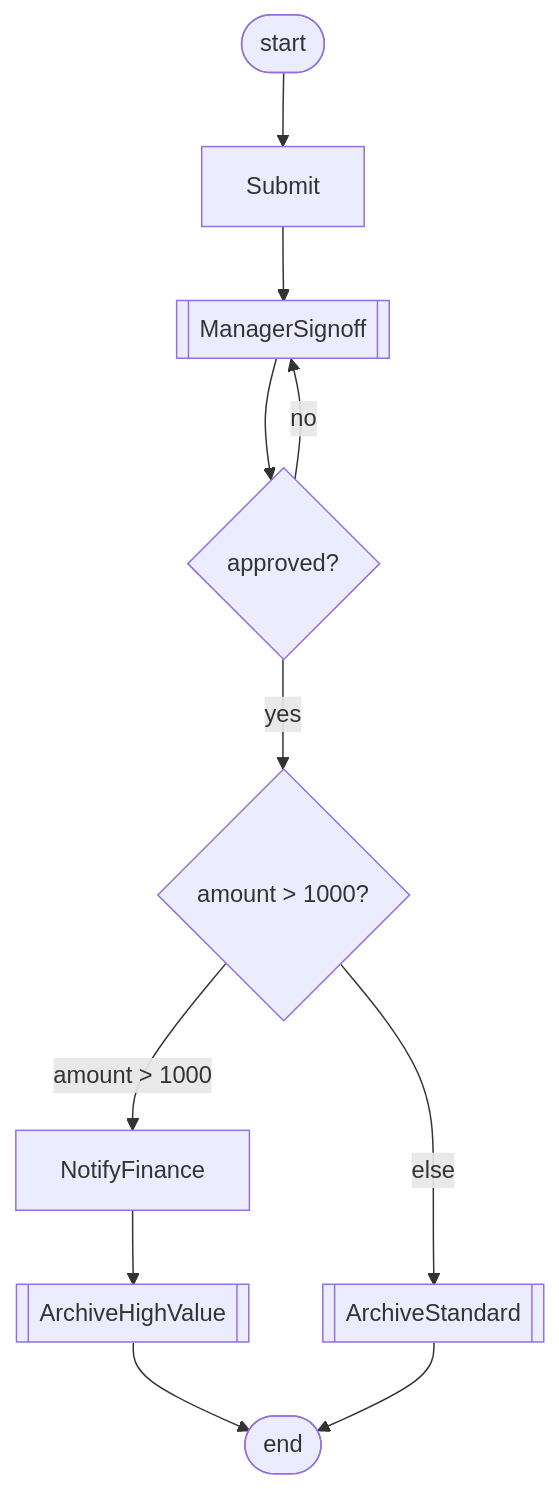
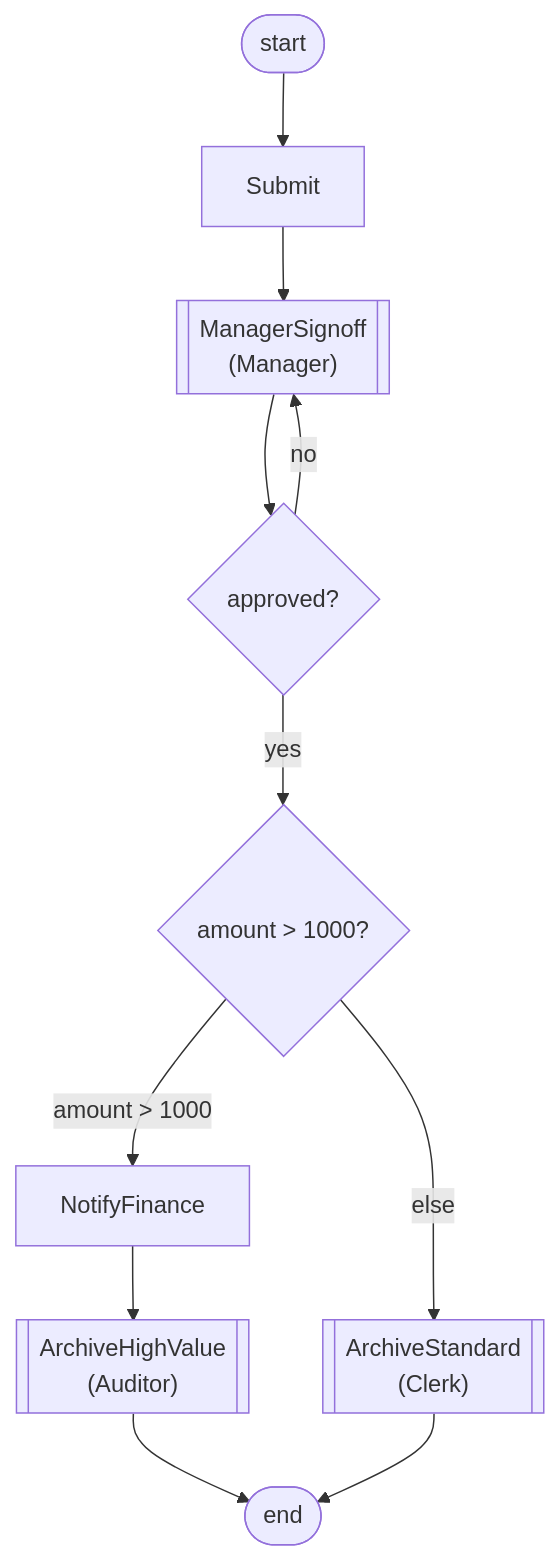
Before and after one commit to AelasticS/Synthesis: the first of 4 diagrams in apps/docs/docs/developer-guide/examples/workflow.md, drawn with Mermaid. The commit also changed other lines of this file and 1 other file, not shown here.

````diff
--- a/apps/docs/docs/developer-guide/examples/workflow.md
+++ b/apps/docs/docs/developer-guide/examples/workflow.md
@@ -282,22 +292,22 @@
 ```mermaid
 flowchart TD
   start_node(["start"])
   Submit["Submit"]
-  ManagerSignoff[["ManagerSignoff"]]
+  ManagerSignoff[["ManagerSignoff<br/>(Manager)"]]
   loop1{"approved?"}
   choice1{"amount > 1000?"}
   NotifyFinance["NotifyFinance"]
-  ArchiveHighValue[["ArchiveHighValue"]]
-  ArchiveStandard[["ArchiveStandard"]]
+  ArchiveHighValue[["ArchiveHighValue<br/>(Auditor)"]]
+  ArchiveStandard[["ArchiveStandard<br/>(Clerk)"]]
   end_node(["end"])
   start_node --> Submit
   Submit --> ManagerSignoff
   ManagerSignoff --> loop1
   loop1 -->|no| ManagerSignoff
   loop1 -->|yes| choice1
   choice1 -->|amount > 1000| NotifyFinance
   NotifyFinance --> ArchiveHighValue
   choice1 -->|else| ArchiveStandard
   ArchiveHighValue --> end_node
   ArchiveStandard --> end_node
 ```
````
